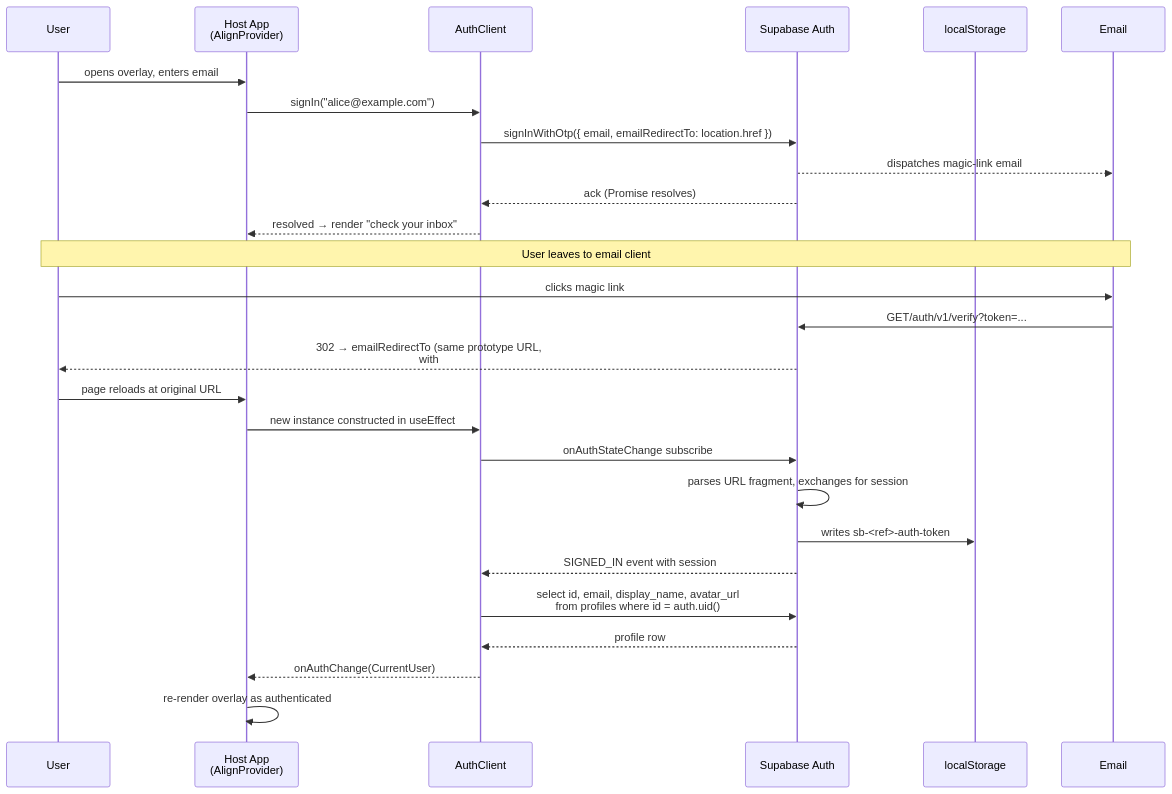
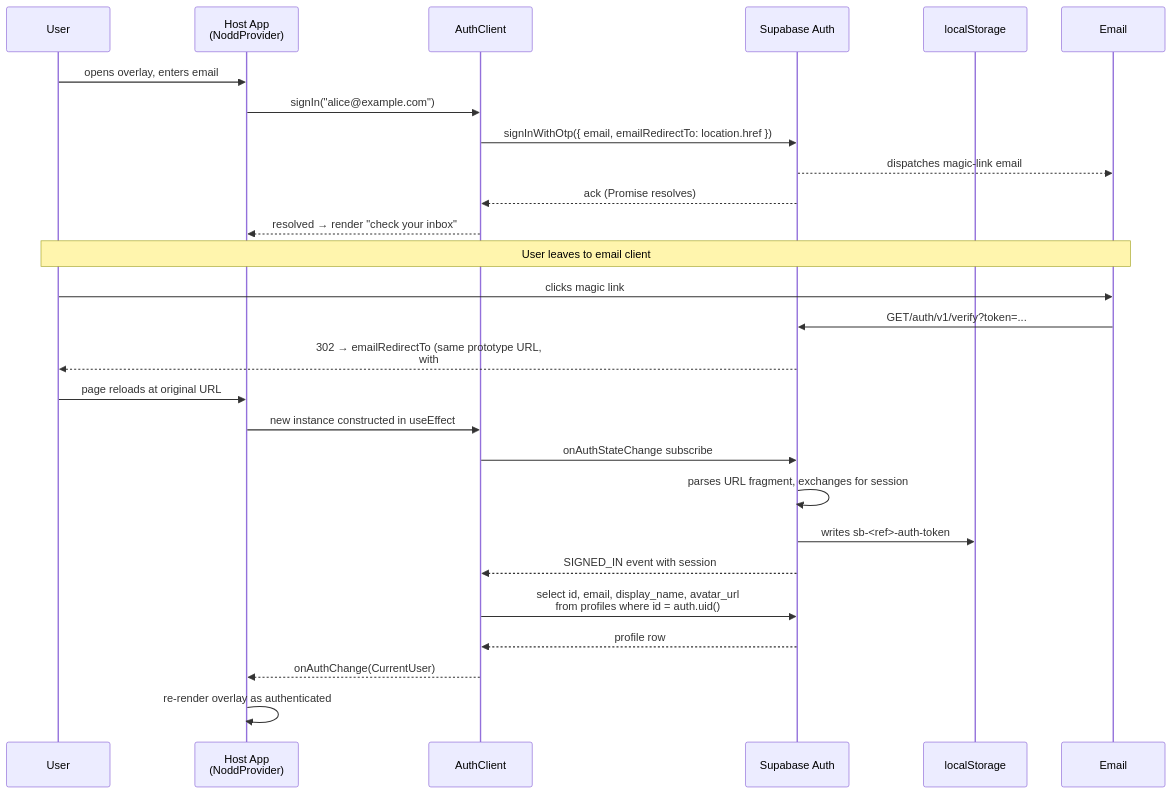
One commit to vadim-lobodin/nodd changed the diagram in src/auth/README.md. Above: the diagram before and after it, drawn with Mermaid. The commit also changed other lines of this file and 40 other files, not shown here.

First line of the commit message:
Rename project from Align to Nodd

````diff
--- a/src/auth/README.md
+++ b/src/auth/README.md
@@ -97,31 +97,31 @@
 ```mermaid
 sequenceDiagram
   participant User
-  participant App as Host App<br/>(AlignProvider)
+  participant App as Host App<br/>(NoddProvider)
   participant Auth as AuthClient
   participant SB as Supabase Auth
   participant LS as localStorage
   participant Mail as Email
 
   User->>App: opens overlay, enters email
   App->>Auth: signIn("alice@example.com")
   Auth->>SB: signInWithOtp({ email, emailRedirectTo: location.href })
   SB-->>Mail: dispatches magic-link email
   SB-->>Auth: ack (Promise resolves)
   Auth-->>App: resolved → render "check your inbox"
   Note over User,Mail: User leaves to email client
 
   User->>Mail: clicks magic link
   Mail->>SB: GET/auth/v1/verify?token=...
   SB-->>User: 302 → emailRedirectTo (same prototype URL,<br/>with #access_token=... in fragment)
   User->>App: page reloads at original URL
   App->>Auth: new instance constructed in useEffect
   Auth->>SB: onAuthStateChange subscribe
   SB->>SB: parses URL fragment, exchanges for session
   SB->>LS: writes sb-<ref>-auth-token
   SB-->>Auth: SIGNED_IN event with session
   Auth->>SB: select id, email, display_name, avatar_url<br/>from profiles where id = auth.uid()
   SB-->>Auth: profile row
   Auth-->>App: onAuthChange(CurrentUser)
 App->>App: re-render overlay as authenticated
 ```
````
